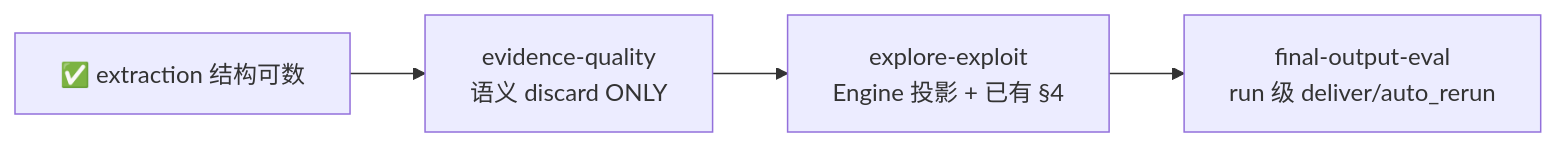
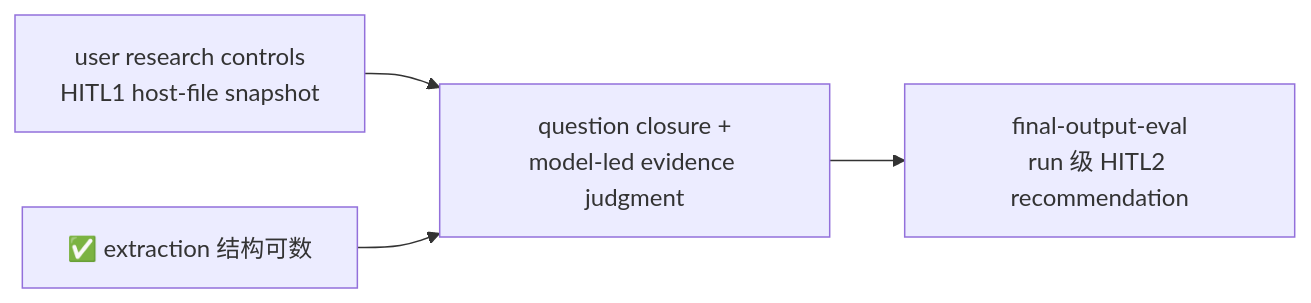
One commit to ethan-jiang-1/ai_tool_deepresearch changed the second of 5 diagrams in _backlog/todos/README.md. Above: the diagram before and after it, drawn with Mermaid. The commit also changed other lines of this file and 28 other files, not shown here.

````diff
--- a/_backlog/todos/README.md
+++ b/_backlog/todos/README.md
@@ -66,8 +70,9 @@
 ```mermaid
 flowchart LR
+  U["user research controls<br/>HITL1 host-file snapshot"]
   E["✅ extraction 结构可数"]
-  Q["evidence-quality<br/>语义 discard ONLY"]
-  X["explore-exploit<br/>Engine 投影 + 已有 §4"]
-  F["final-output-eval<br/>run 级 deliver/auto_rerun"]
-  E --> Q --> X --> F
+  Q["question closure +<br/>model-led evidence judgment"]
+  F["final-output-eval<br/>run 级 HITL2 recommendation"]
+  U --> Q
+  E --> Q --> F
 ```
````
